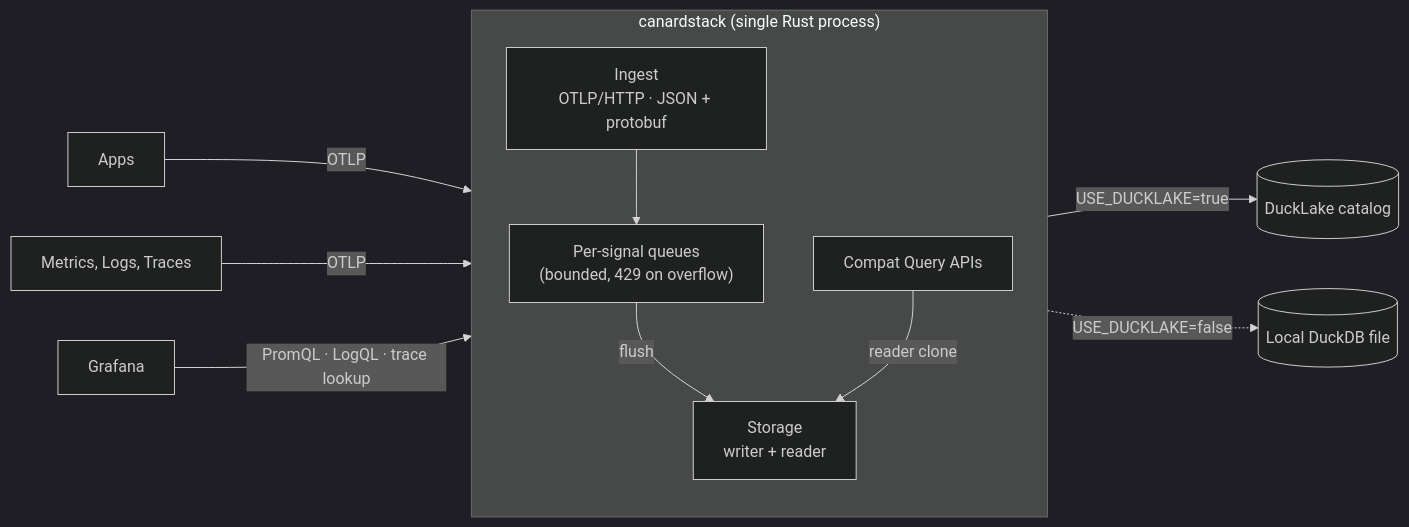
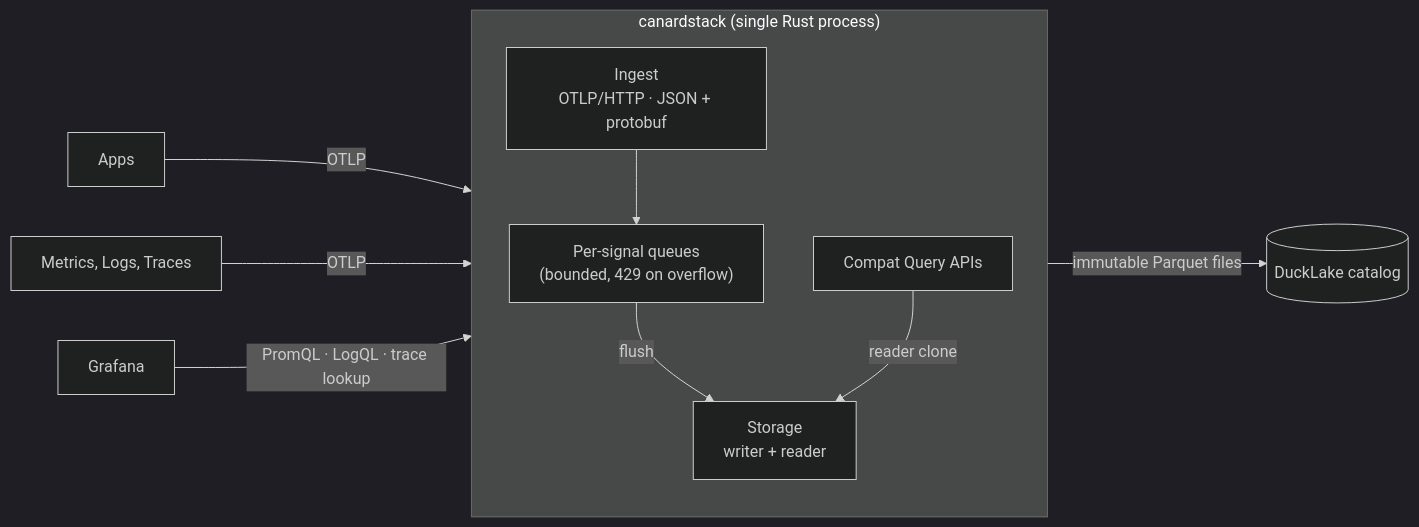
One commit to smithclay/canardstack changed the diagram in README.md. Above: the diagram before and after it, drawn with Mermaid (dark theme). The commit also changed 13 other files, not shown here.

Commit message:
feat(storage): make immutable ducklake ingest mandatory

````diff
--- a/README.md
+++ b/README.md
@@ -149,23 +149,22 @@
 ```mermaid
 flowchart LR
     Collector["Metrics, Logs, Traces"]
     Grafana["Grafana"]
 
     subgraph Canardstack["canardstack (single Rust process)"]
         direction TB
         Ingest["Ingest<br/>OTLP/HTTP · JSON + protobuf"]
         Queues["Per-signal queues<br/>(bounded, 429 on overflow)"]
         Storage["Storage<br/>writer + reader"]
         Compat["Compat Query APIs"]
         Ingest --> Queues
         Queues -->|flush| Storage
         Compat -->|reader clone| Storage
     end
 
     Apps -->|OTLP| Ingest
     Collector -->|OTLP| Ingest
     Grafana -->|PromQL · LogQL · trace lookup| Compat
 
-    Storage -->|USE_DUCKLAKE=true| Lake[("DuckLake catalog<br/>")]
-    Storage -.->|USE_DUCKLAKE=false| Local[("Local DuckDB file")]
+    Storage -->|immutable Parquet files| Lake[("DuckLake catalog<br/>")]
 ```
````
